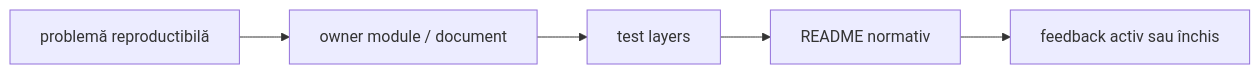
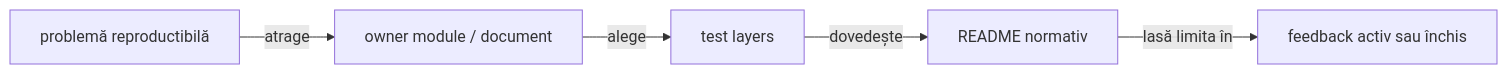
One commit to crististefanita/demo2 changed the diagram in docs/feedback/README.md. Above: the diagram before and after it, drawn with Mermaid. The commit also changed other lines of this file and 102 other files, not shown here.

````diff
--- a/docs/feedback/README.md
+++ b/docs/feedback/README.md
@@ -52,7 +49,7 @@
 ```mermaid
 flowchart LR
-    Finding[problemă reproductibilă] --> Owner[owner module / document]
-    Owner --> Test[test layers]
-    Test --> Contract[README normativ]
-    Contract --> Registry[feedback activ sau închis]
+    Finding[problemă reproductibilă] -->|atrage| Owner[owner module / document]
+    Owner -->|alege| Test[test layers]
+    Test -->|dovedește| Contract[README normativ]
+    Contract -->|lasă limita în| Registry[feedback activ sau închis]
 ```
````
